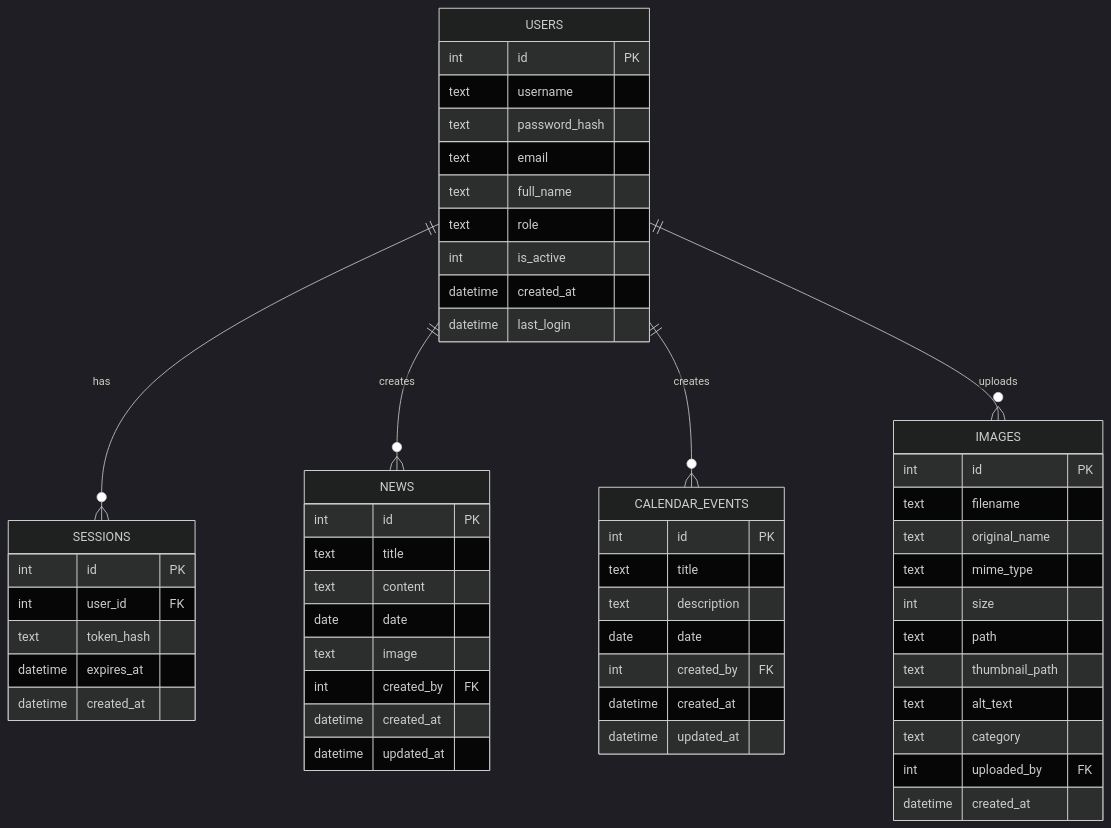
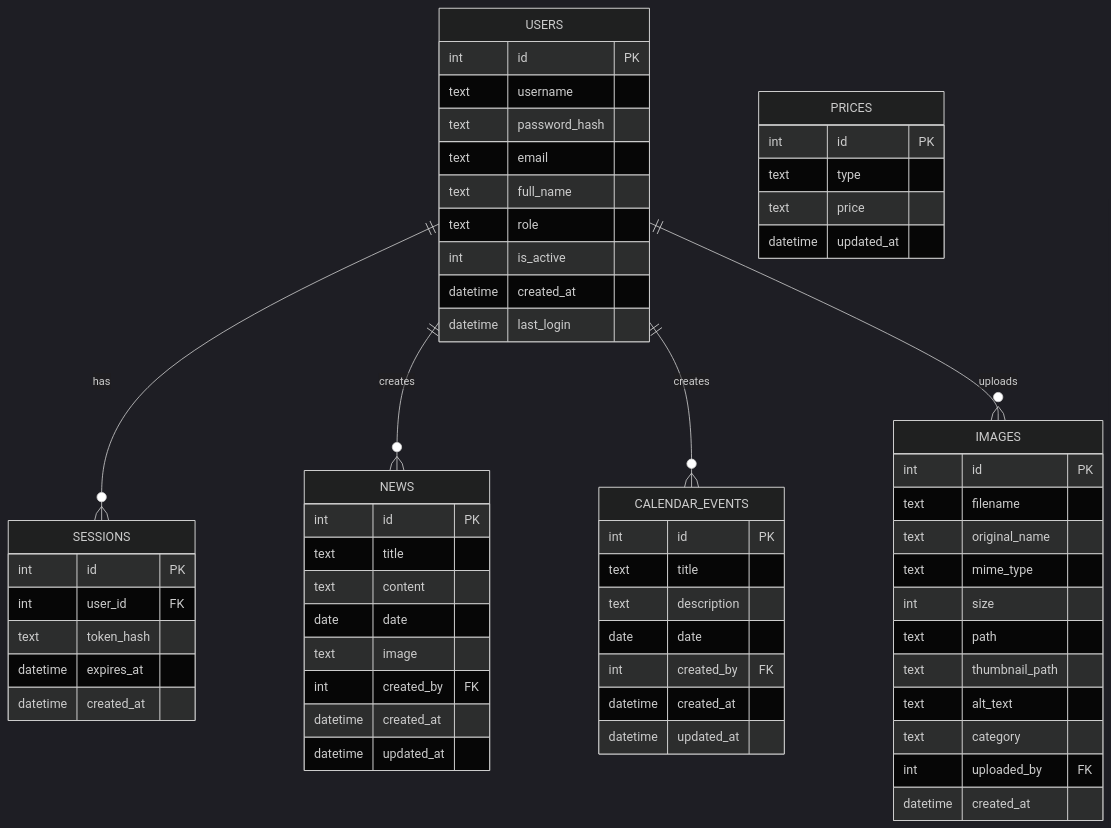
One commit to aairom/ajj-clone changed the third of 4 diagrams in Docs/Architecture.md. Above: the diagram before and after it, drawn with Mermaid (dark theme). The commit also changed other lines of this file and 13 other files, not shown here.

````diff
--- a/Docs/Architecture.md
+++ b/Docs/Architecture.md
@@ -85,58 +89,64 @@
 ```mermaid
 erDiagram
     USERS {
         int id PK
         text username
         text password_hash
         text email
         text full_name
         text role
         int is_active
         datetime created_at
         datetime last_login
     }
     SESSIONS {
         int id PK
         int user_id FK
         text token_hash
         datetime expires_at
         datetime created_at
     }
     NEWS {
         int id PK
         text title
         text content
         date date
         text image
         int created_by FK
         datetime created_at
         datetime updated_at
     }
     CALENDAR_EVENTS {
         int id PK
         text title
         text description
         date date
         int created_by FK
         datetime created_at
         datetime updated_at
     }
     IMAGES {
         int id PK
         text filename
         text original_name
         text mime_type
         int size
         text path
         text thumbnail_path
         text alt_text
         text category
         int uploaded_by FK
         datetime created_at
     }
+    PRICES {
+        int id PK
+        text type
+        text price
+        datetime updated_at
+    }
 
     USERS ||--o{ SESSIONS : "has"
     USERS ||--o{ NEWS : "creates"
     USERS ||--o{ CALENDAR_EVENTS : "creates"
     USERS ||--o{ IMAGES : "uploads"
 ```
````
